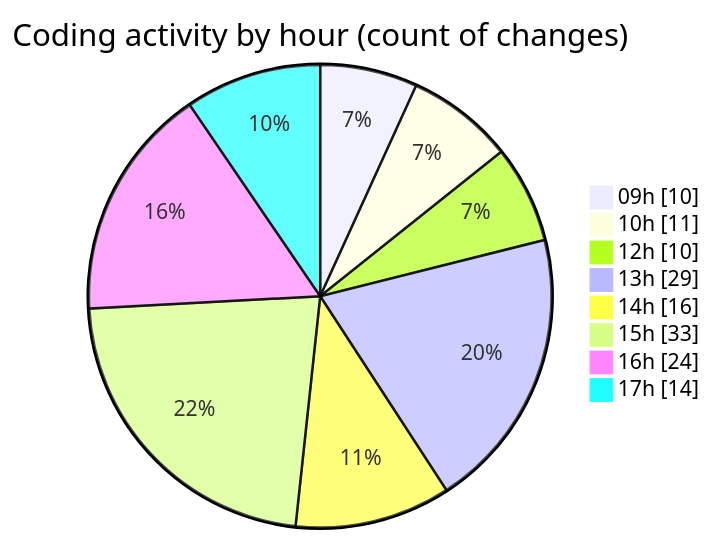
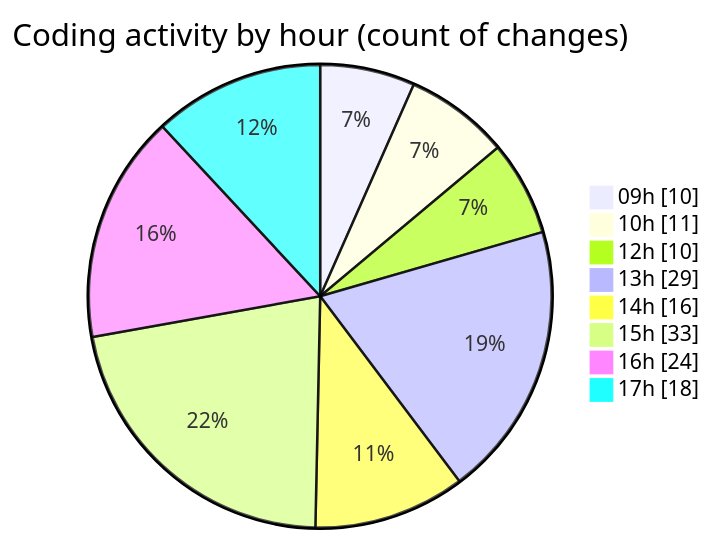
One commit to momahboobian/code-tracking changed the second of 2 diagrams in 2025-09-12/cda/README.md. Above: the diagram before and after it, drawn with Mermaid. The commit also changed other lines of this file and 1 other file, not shown here.

````diff
--- a/2025-09-12/cda/README.md
+++ b/2025-09-12/cda/README.md
@@ -47,12 +47,12 @@
 ```mermaid
 pie showData
 title Coding activity by hour (count of changes)
 "09h" : 10
 "10h" : 11
 "12h" : 10
 "13h" : 29
 "14h" : 16
 "15h" : 33
 "16h" : 24
-"17h" : 14
+"17h" : 18
 ```
````
